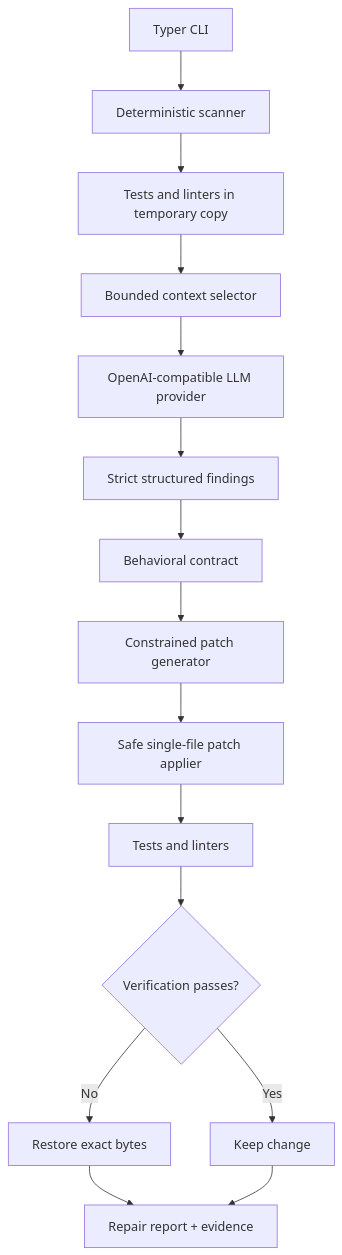
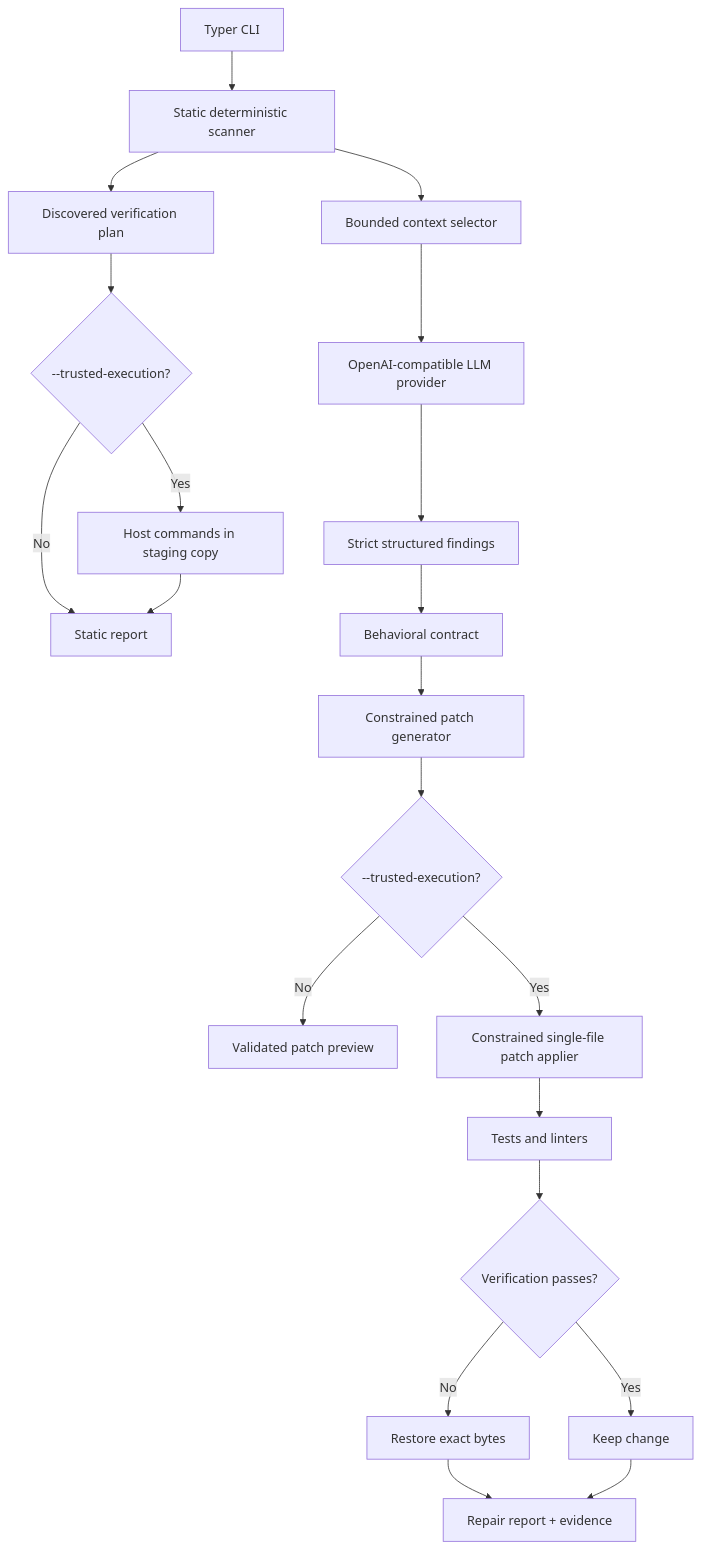
One commit to zhihaochen67/repo-doctor changed the diagram in README.md. Above: the diagram before and after it, drawn with Mermaid. The commit also changed other lines of this file and 14 other files, not shown here.

````diff
--- a/README.md
+++ b/README.md
@@ -249,17 +277,23 @@
 ```mermaid
 flowchart TD
-    CLI["Typer CLI"] --> Scanner["Deterministic scanner"]
-    Scanner --> Verifier1["Tests and linters in temporary copy"]
-    Verifier1 --> Selector["Bounded context selector"]
+    CLI["Typer CLI"] --> Scanner["Static deterministic scanner"]
+    Scanner --> Plan["Discovered verification plan"]
+    Plan --> TrustedScan{"--trusted-execution?"}
+    TrustedScan -->|No| Report["Static report"]
+    TrustedScan -->|Yes| Verifier1["Host commands in staging copy"]
+    Verifier1 --> Report
+    Scanner --> Selector["Bounded context selector"]
     Selector --> Provider["OpenAI-compatible LLM provider"]
     Provider --> Findings["Strict structured findings"]
     Findings --> Contract["Behavioral contract"]
     Contract --> Generator["Constrained patch generator"]
-    Generator --> Applier["Safe single-file patch applier"]
+    Generator --> TrustedFix{"--trusted-execution?"}
+    TrustedFix -->|No| Preview["Validated patch preview"]
+    TrustedFix -->|Yes| Applier["Constrained single-file patch applier"]
     Applier --> Verifier2["Tests and linters"]
     Verifier2 --> Decision{"Verification passes?"}
     Decision -->|Yes| Keep["Keep change"]
     Decision -->|No| Rollback["Restore exact bytes"]
-    Rollback --> Report["Repair report + evidence"]
-    Keep --> Report
+    Rollback --> RepairReport["Repair report + evidence"]
+    Keep --> RepairReport
 ```
````
